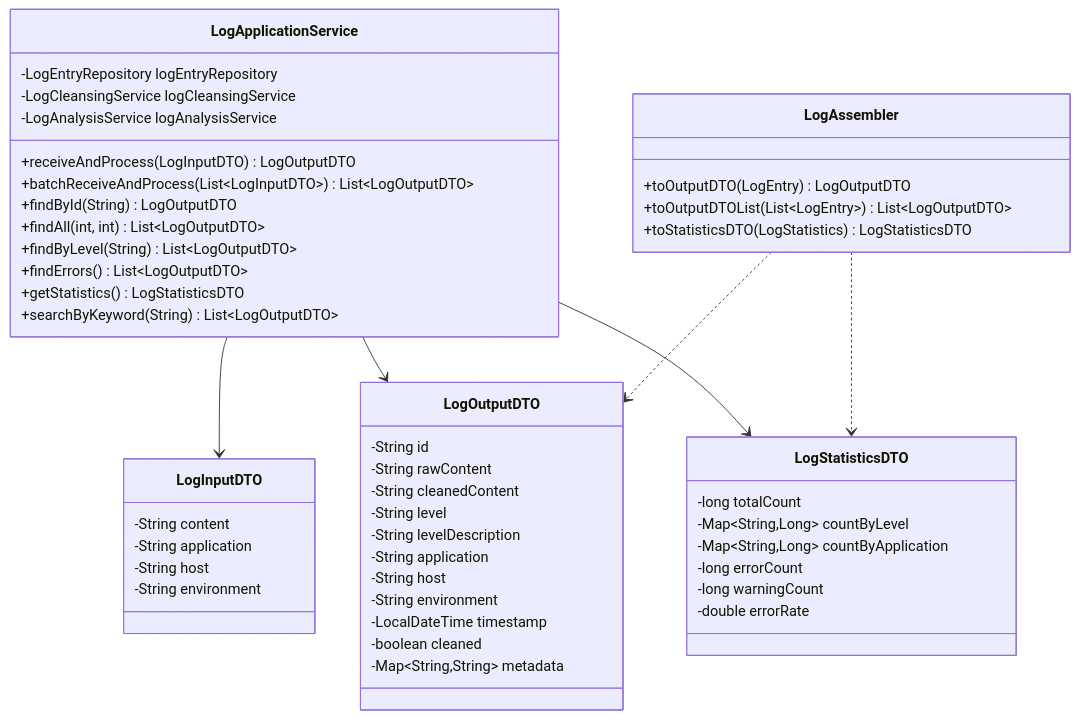
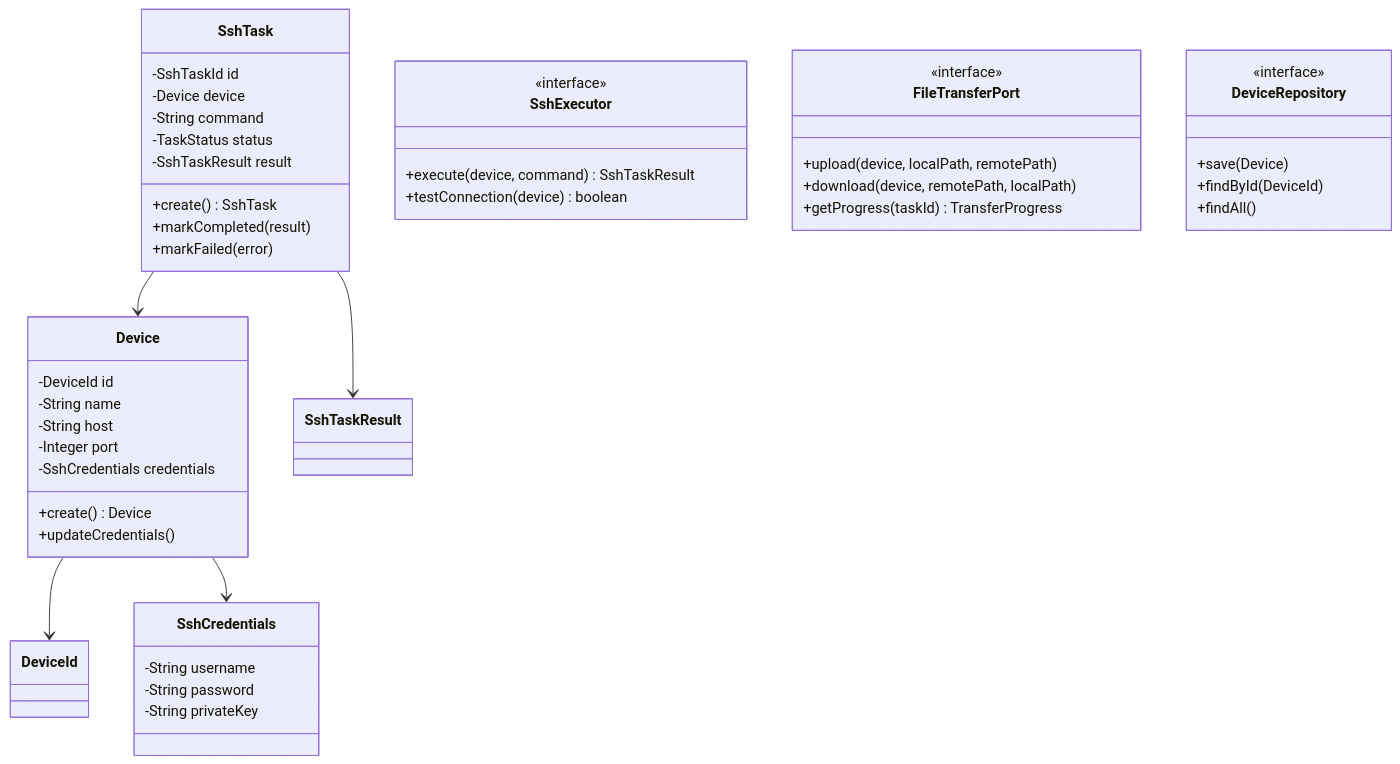
The second of 7 diagrams in README.md (jackjiang9627-hash/keke), drawn with Mermaid before and after one commit. The commit also changed other lines of this file and 50 other files, not shown here.

````diff
--- a/README.md
+++ b/README.md
@@ -1066,58 +608,54 @@
 ```mermaid
 classDiagram
-    class LogApplicationService {
-        -LogEntryRepository logEntryRepository
-        -LogCleansingService logCleansingService
-        -LogAnalysisService logAnalysisService
-        +receiveAndProcess(LogInputDTO) LogOutputDTO
-        +batchReceiveAndProcess(List~LogInputDTO~) List~LogOutputDTO~
-        +findById(String) LogOutputDTO
-        +findAll(int, int) List~LogOutputDTO~
-        +findByLevel(String) List~LogOutputDTO~
-        +findErrors() List~LogOutputDTO~
-        +getStatistics() LogStatisticsDTO
-        +searchByKeyword(String) List~LogOutputDTO~
+    class Device {
+        -DeviceId id
+        -String name
+        -String host
+        -Integer port
+        -SshCredentials credentials
+        +create() Device
+        +updateCredentials()
     }
-
-    class LogInputDTO {
-        -String content
-        -String application
-        -String host
-        -String environment
+    
+    class SshTask {
+        -SshTaskId id
+        -Device device
+        -String command
+        -TaskStatus status
+        -SshTaskResult result
+        +create() SshTask
+        +markCompleted(result)
+        +markFailed(error)
     }
-
-    class LogOutputDTO {
-        -String id
-        -String rawContent
-        -String cleanedContent
-        -String level
-        -String levelDescription
-        -String application
-        -String host
-        -String environment
-        -LocalDateTime timestamp
-        -boolean cleaned
-        -Map~String,String~ metadata
+    
+    class SshCredentials {
+        -String username
+        -String password
+        -String privateKey
     }
-
-    class LogStatisticsDTO {
-        -long totalCount
-        -Map~String,Long~ countByLevel
-        -Map~String,Long~ countByApplication
-        -long errorCount
-        -long warningCount
-        -double errorRate
+    
+    class SshExecutor {
+        <<interface>>
+        +execute(device, command) SshTaskResult
+        +testConnection(device) boolean
     }
-
-    class LogAssembler {
-        +toOutputDTO(LogEntry) LogOutputDTO
-        +toOutputDTOList(List~LogEntry~) List~LogOutputDTO~
-        +toStatisticsDTO(LogStatistics) LogStatisticsDTO
+    
+    class FileTransferPort {
+        <<interface>>
+        +upload(device, localPath, remotePath)
+        +download(device, remotePath, localPath)
+        +getProgress(taskId) TransferProgress
     }
-
-    LogApplicationService --> LogInputDTO
-    LogApplicationService --> LogOutputDTO
-    LogApplicationService --> LogStatisticsDTO
-    LogAssembler ..> LogOutputDTO
-    LogAssembler ..> LogStatisticsDTO
+    
+    class DeviceRepository {
+        <<interface>>
+        +save(Device)
+        +findById(DeviceId)
+        +findAll()
+    }
+    
+    Device --> DeviceId
+    Device --> SshCredentials
+    SshTask --> Device
+    SshTask --> SshTaskResult
 ```
````
